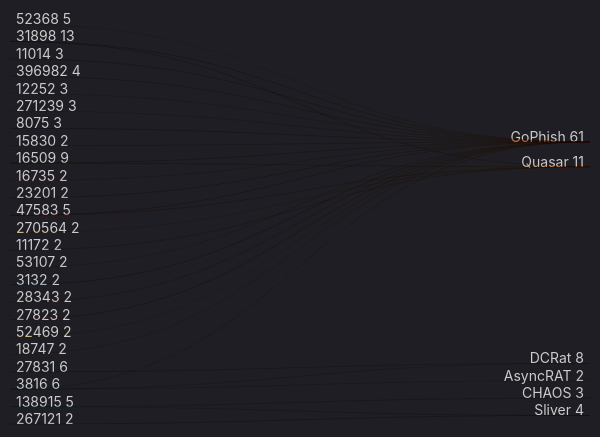
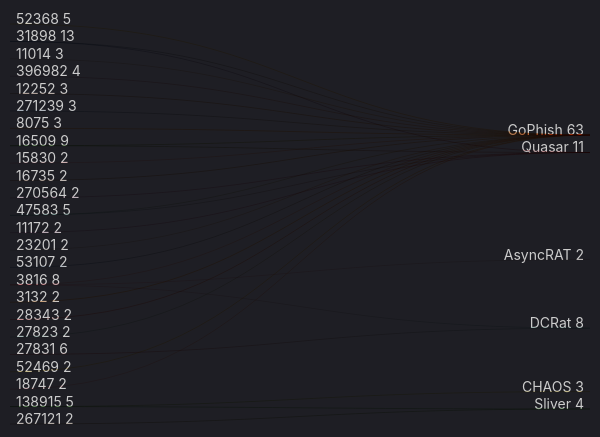
Before and after one commit to ZoqueLabs/website: the sixth of 8 diagrams in zolim.md, drawn with Mermaid. The commit also changed other lines of this file, not shown here.

````diff
--- a/zolim.md
+++ b/zolim.md
@@ -154,38 +154,38 @@
 ```mermaid
 ---
 config:
   theme: dark
 ---
 %% ASN → Threat (top)
 sankey-beta
   31898,GoPhish,11
   27831,DCRat,6
   16509,GoPhish,6
   52368,GoPhish,5
   396982,GoPhish,4
+  3816,GoPhish,4
   12252,GoPhish,3
   11014,GoPhish,3
   271239,GoPhish,3
   8075,GoPhish,3
   16509,Quasar,3
   47583,GoPhish,3
   138915,CHAOS,3
   270564,Quasar,2
   15830,GoPhish,2
   16735,GoPhish,2
   23201,GoPhish,2
   53107,GoPhish,2
   3132,GoPhish,2
   28343,GoPhish,2
   27823,GoPhish,2
-  3816,GoPhish,2
   138915,Sliver,2
   52469,GoPhish,2
   47583,Quasar,2
   11172,Quasar,2
   31898,Quasar,2
   3816,DCRat,2
   18747,GoPhish,2
   267121,Sliver,2
   3816,AsyncRAT,2
 ```
````
